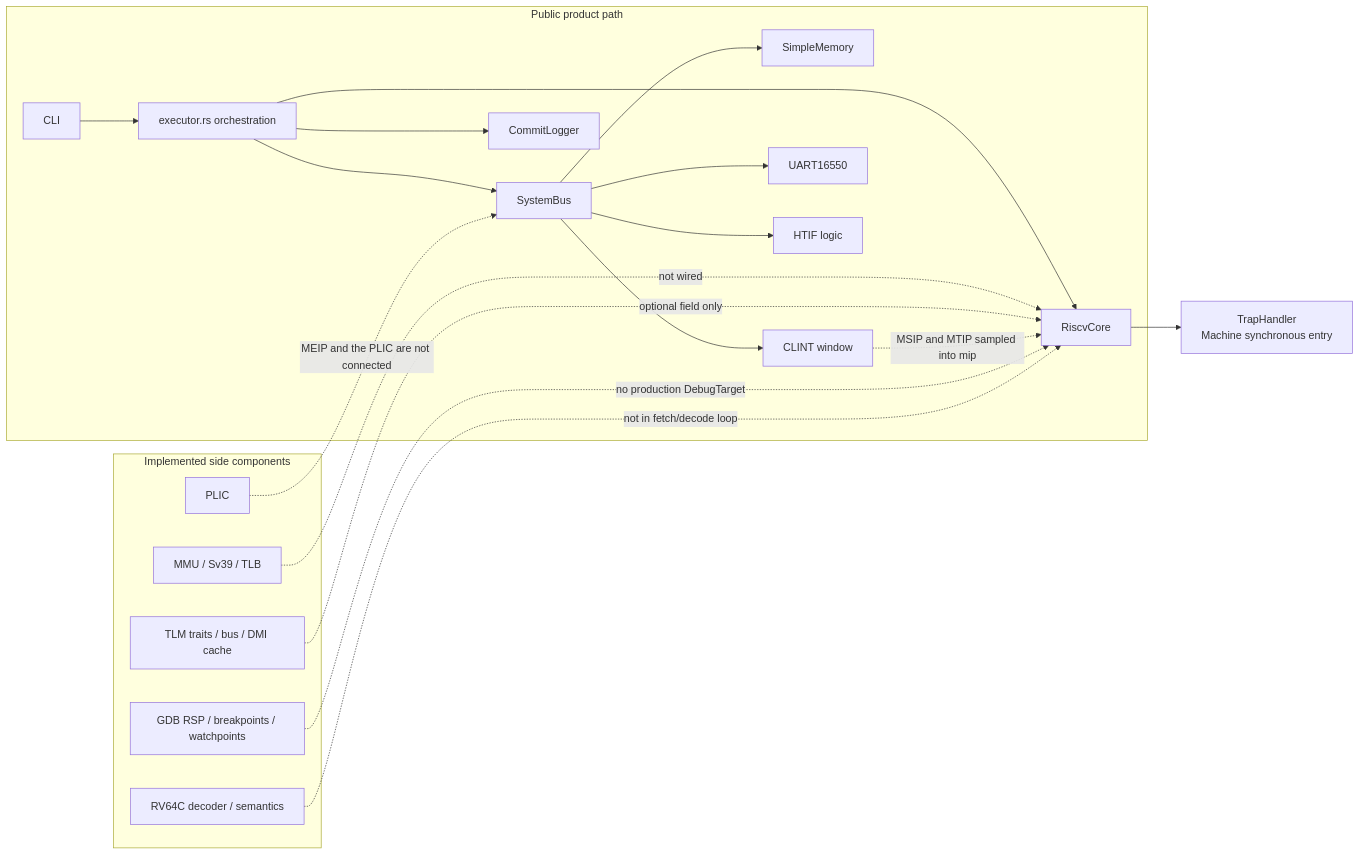
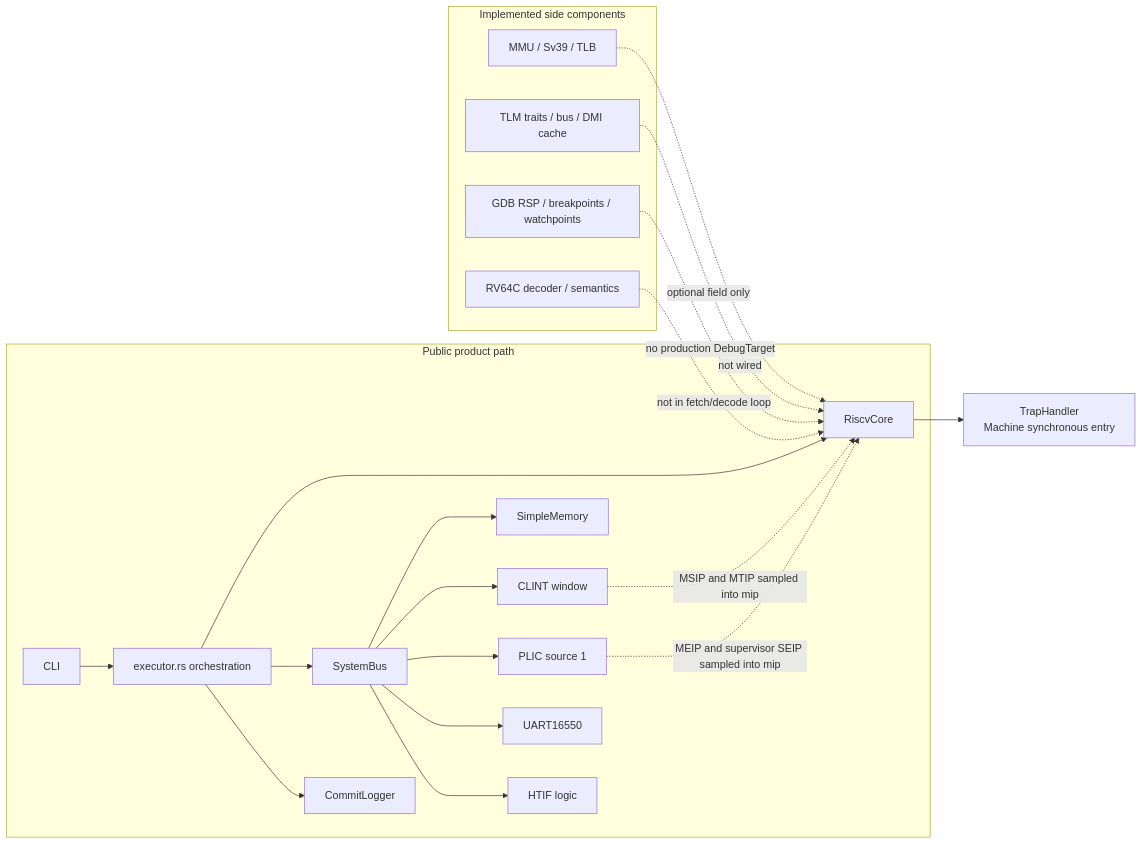
Before and after one commit to mimiqdev/ruscv-sim: the second of 2 diagrams in docs/architecture/current-state.md, drawn with Mermaid. The commit also changed other lines of this file and 19 other files, not shown here.

First line of the commit message:
feat(interrupt): take MEIP from the machine PLIC context (#92)

````diff
--- a/docs/architecture/current-state.md
+++ b/docs/architecture/current-state.md
@@ -140,39 +140,40 @@
 ```mermaid
 flowchart LR
     subgraph Product["Public product path"]
         CLI["CLI"]
         MONO["executor.rs orchestration"]
         CORE["RiscvCore"]
         SBUS["SystemBus"]
         RAM["SimpleMemory"]
         CLINTW["CLINT window"]
+        PLICW["PLIC source 1"]
         UART["UART16550"]
         HTIF["HTIF logic"]
         LOG["CommitLogger"]
     end
 
     subgraph Side["Implemented side components"]
         MMU["MMU / Sv39 / TLB"]
         TLM["TLM traits / bus / DMI cache"]
-        IRQ["PLIC"]
         DBG["GDB RSP / breakpoints / watchpoints"]
         RV64C["RV64C decoder / semantics"]
     end
 
     CLI --> MONO
     MONO --> CORE
     MONO --> SBUS
     MONO --> LOG
     SBUS --> RAM
     SBUS --> CLINTW
+    SBUS --> PLICW
     SBUS --> UART
     SBUS --> HTIF
 
     MMU -. not wired .-> CORE
     CORE --> TRAP["TrapHandler<br/>Machine synchronous entry"]
     TLM -. optional field only .-> CORE
-    IRQ -. MEIP and the PLIC are not connected .-> SBUS
+    PLICW -. MEIP and supervisor SEIP sampled into mip .-> CORE
     CLINTW -. MSIP and MTIP sampled into mip .-> CORE
     DBG -. no production DebugTarget .-> CORE
     RV64C -. not in fetch/decode loop .-> CORE
 ```
````
